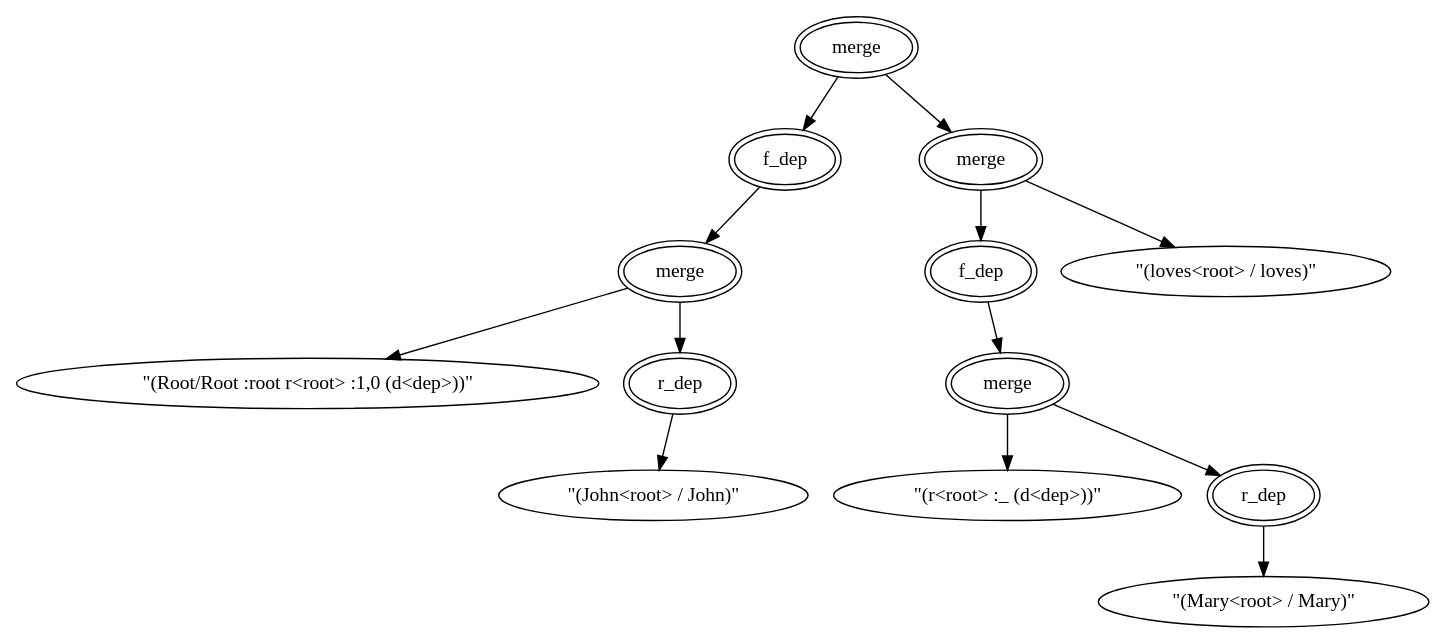
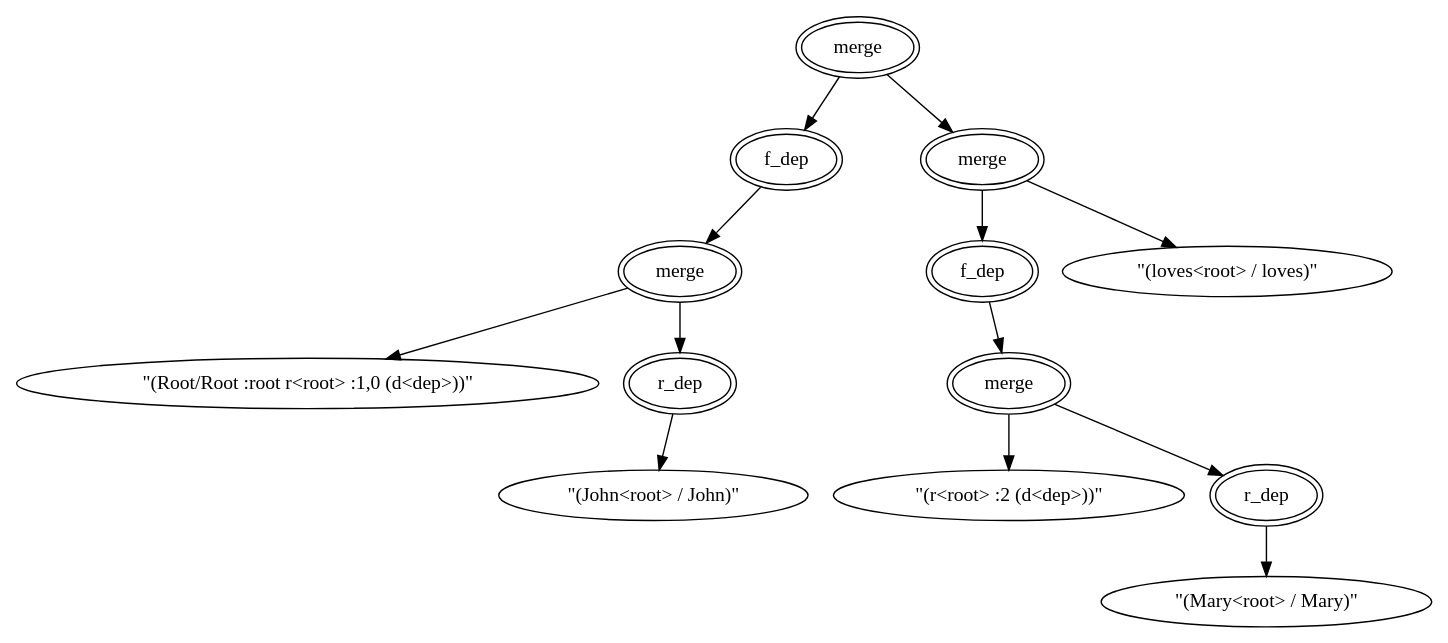
The diagram in LaTeX_diplomaterv/figures/dots/example6.2.dot (holloszaboakos/SlimeAnUTLE), drawn with Graphviz before and after one commit. The commit also changed 4 other files, not shown here.

Commit message:
figure hotfix

```diff
--- a/LaTeX_diplomaterv/figures/dots/example6.2.dot
+++ b/LaTeX_diplomaterv/figures/dots/example6.2.dot
@@ -1,45 +1,45 @@
 /*
 merge(
 	f_dep( 
 		merge(
 			"(Root/Root :root r<root> :1,0 (d<dep>))",
  			r_dep( 
 				"(John<root> / John)" 
 				)
 			) 
 		),
  		merge(
 			f_dep( 
 					merge(
-						"(r<root> :_ (d<dep>))", 
+						"(r<root> :2 (d<dep>))", 
 						r_dep( 
 							"(Mary<root> / Mary)" 	
 							)
 						) 
 				),
 			 “(loves<root> / loves)”
 			)
 )
 Ebből a műveleti fa:
 */
 digraph G {
 M1[label="merge",peripheries=2]
 F1[label="f_dep",peripheries=2]
 M2[label="merge",peripheries=2]
 G1[label="\"(Root/Root :root r<root> :1,0 (d<dep>))\""]
 R1[label="r_dep",peripheries=2]
 G2[label="\"(John<root> / John)\""]
 M3[label="merge",peripheries=2]
 F2[label="f_dep",peripheries=2]
 M4[label="merge",peripheries=2]
-G3[label="\"(r<root> :_ (d<dep>))\""]
+G3[label="\"(r<root> :2 (d<dep>))\""]
 R2[label="r_dep",peripheries=2]
 G4[label="\"(Mary<root> / Mary)\""]
 G5[label="\"(loves<root> / loves)\""]
 
 M1->F1->M2->G1
 M2->R1->G2
 M1->M3->F2->M4->G3
 M4->R2->G4
 M3->G5
  }
```
